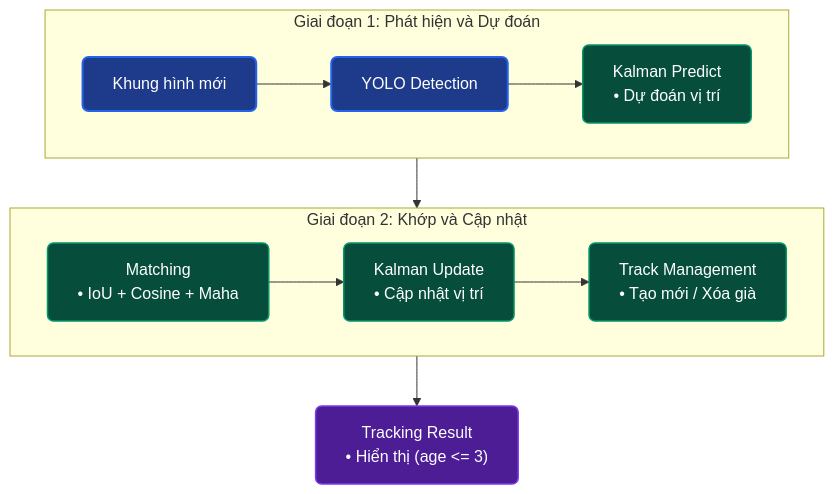
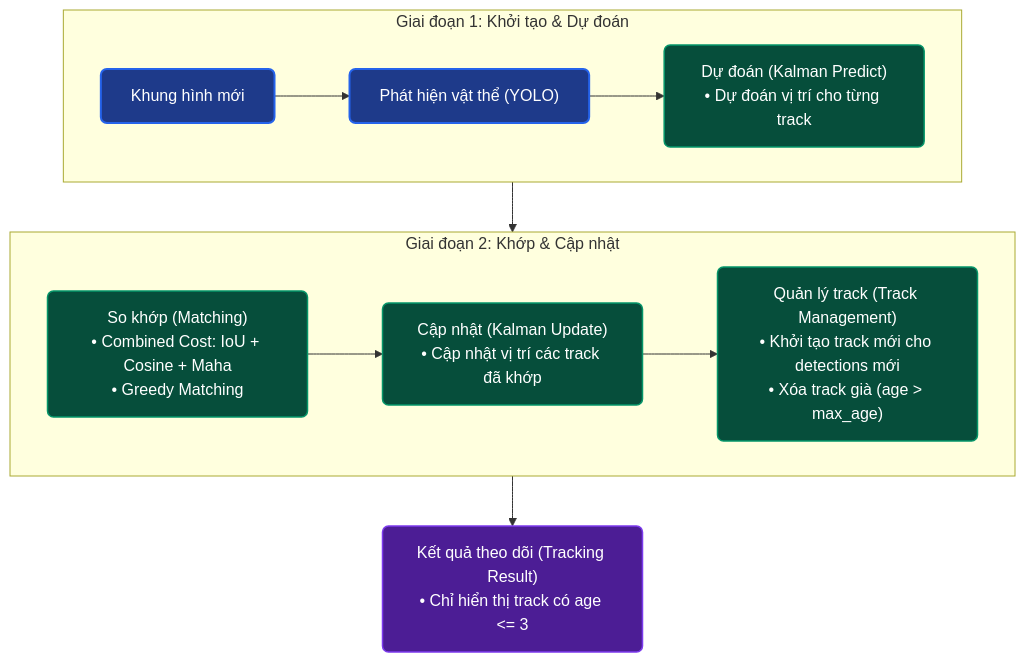
One commit to NagnQyhn217/thigiacmaytinhAnh changed the diagram in code04.md. Above: the diagram before and after it, drawn with Mermaid.

````diff
--- a/code04.md
+++ b/code04.md
@@ -1,23 +1,23 @@
 ```mermaid
 graph TD
     classDef step stroke:#2563eb,stroke-width:2px,fill:#1e3a8a,color:#ffffff,rx:6px,ry:6px;
     classDef process stroke:#059669,stroke-width:1.5px,fill:#064e3b,color:#ffffff,rx:6px,ry:6px;
     classDef output stroke:#7c3aed,stroke-width:1.5px,fill:#4c1d95,color:#ffffff,rx:6px,ry:6px;
 
-    subgraph HANG1 ["Giai đoạn 1: Phát hiện và Dự đoán"]
+    subgraph HANG1 ["Giai đoạn 1: Khởi tạo & Dự đoán"]
         direction LR
-        A["Khung hình mới"] --> B["YOLO Detection"] --> C["Kalman Predict<br>• Dự đoán vị trí"]
+        A["Khung hình mới"] --> B["Phát hiện vật thể (YOLO)"] --> C["Dự đoán (Kalman Predict)<br>• Dự đoán vị trí cho từng track"]
     end
 
-    subgraph HANG2 ["Giai đoạn 2: Khớp và Cập nhật"]
+    subgraph HANG2 ["Giai đoạn 2: Khớp & Cập nhật"]
         direction LR
-        D["Matching<br>• IoU + Cosine + Maha"] --> E["Kalman Update<br>• Cập nhật vị trí"] --> F["Track Management<br>• Tạo mới / Xóa già"]
+        D["So khớp (Matching)<br>• Combined Cost: IoU + Cosine + Maha<br>• Greedy Matching"] --> E["Cập nhật (Kalman Update)<br>• Cập nhật vị trí các track đã khớp"] --> F["Quản lý track (Track Management)<br>• Khởi tạo track mới cho detections mới<br>• Xóa track già (age > max_age)"]
     end
 
     C --> D
-    F --> G["Tracking Result<br>• Hiển thị (age <= 3)"]
+    F --> G["Kết quả theo dõi (Tracking Result)<br>• Chỉ hiển thị track có age <= 3"]
 
     class A,B step;
     class C,D,E,F process;
     class G output;
 ```
````
